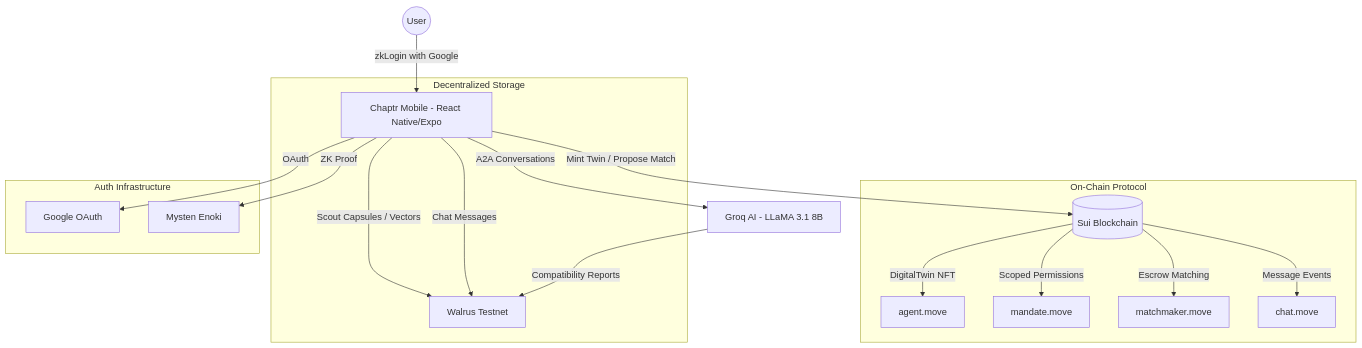
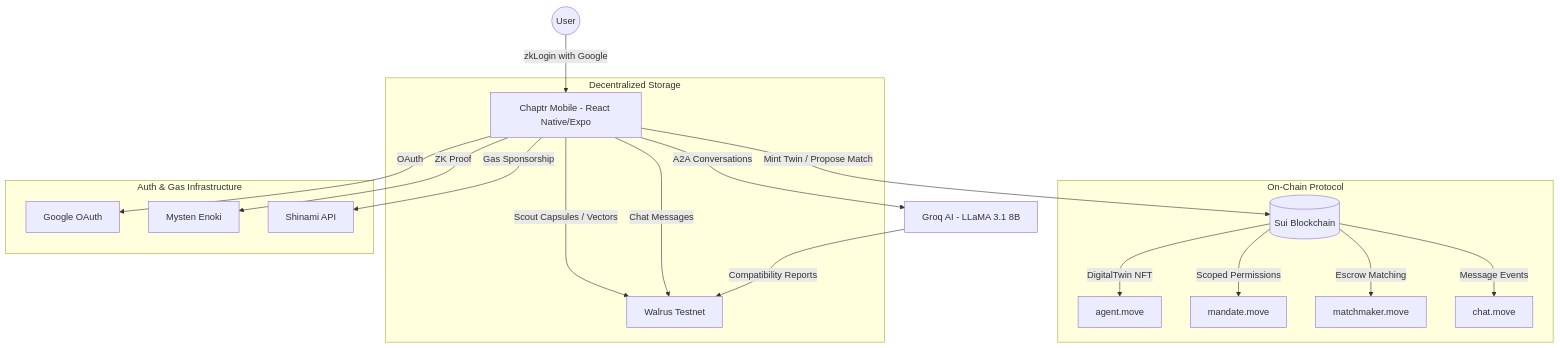
One commit to Abhay-PratapSingh-ctrl/Chaptr changed the first of 3 diagrams in README.md. Above: the diagram before and after it, drawn with Mermaid. The commit also changed other lines of this file and 1 other file, not shown here.

Commit message:
docs: update architecture and readme with Shinami gas sponsorship

````diff
--- a/README.md
+++ b/README.md
@@ -15,25 +15,26 @@
 ```mermaid
 graph TD
     User((User)) -->|zkLogin with Google| App[Chaptr Mobile - React Native/Expo]
     App -->|Mint Twin / Propose Match| BC[(Sui Blockchain)]
     App -->|A2A Conversations| AI[Groq AI - LLaMA 3.1 8B]
     
     subgraph "On-Chain Protocol"
         BC -->|DigitalTwin NFT| Agent[agent.move]
         BC -->|Scoped Permissions| Mandate[mandate.move]
         BC -->|Escrow Matching| Matchmaker[matchmaker.move]
         BC -->|Message Events| Chat[chat.move]
     end
 
     subgraph "Decentralized Storage"
         App -->|Scout Capsules / Vectors| Walrus[Walrus Testnet]
         App -->|Chat Messages| Walrus
     end
 
-    subgraph "Auth Infrastructure"
+    subgraph "Auth & Gas Infrastructure"
         App -->|OAuth| Google[Google OAuth]
         App -->|ZK Proof| Enoki[Mysten Enoki]
+        App -->|Gas Sponsorship| Shinami[Shinami API]
     end
 
     AI -->|Compatibility Reports| Walrus
 ```
````
